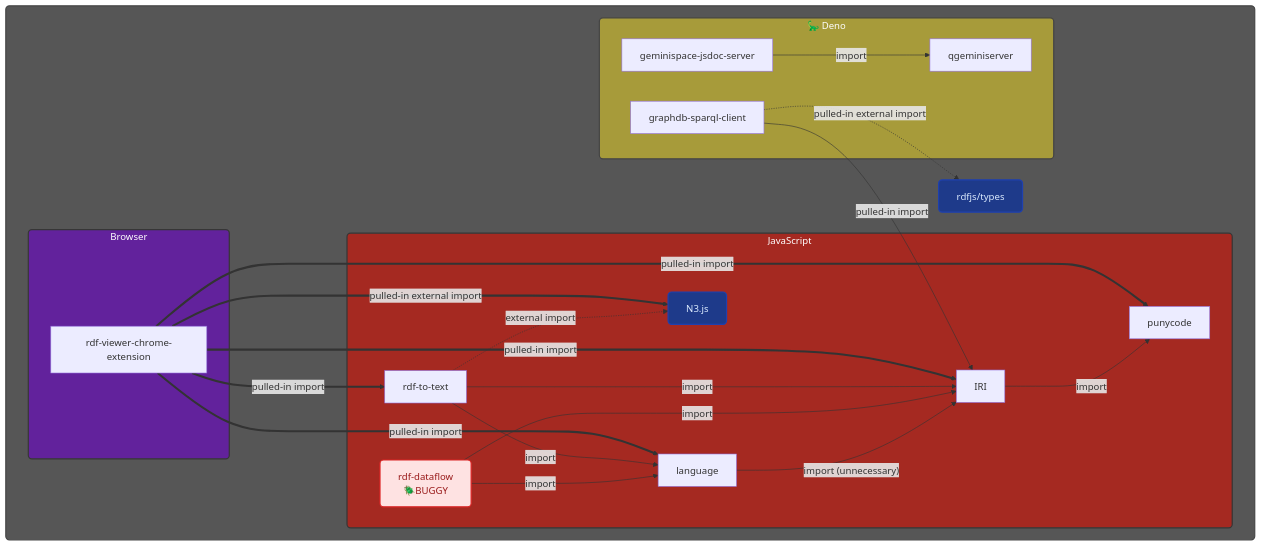
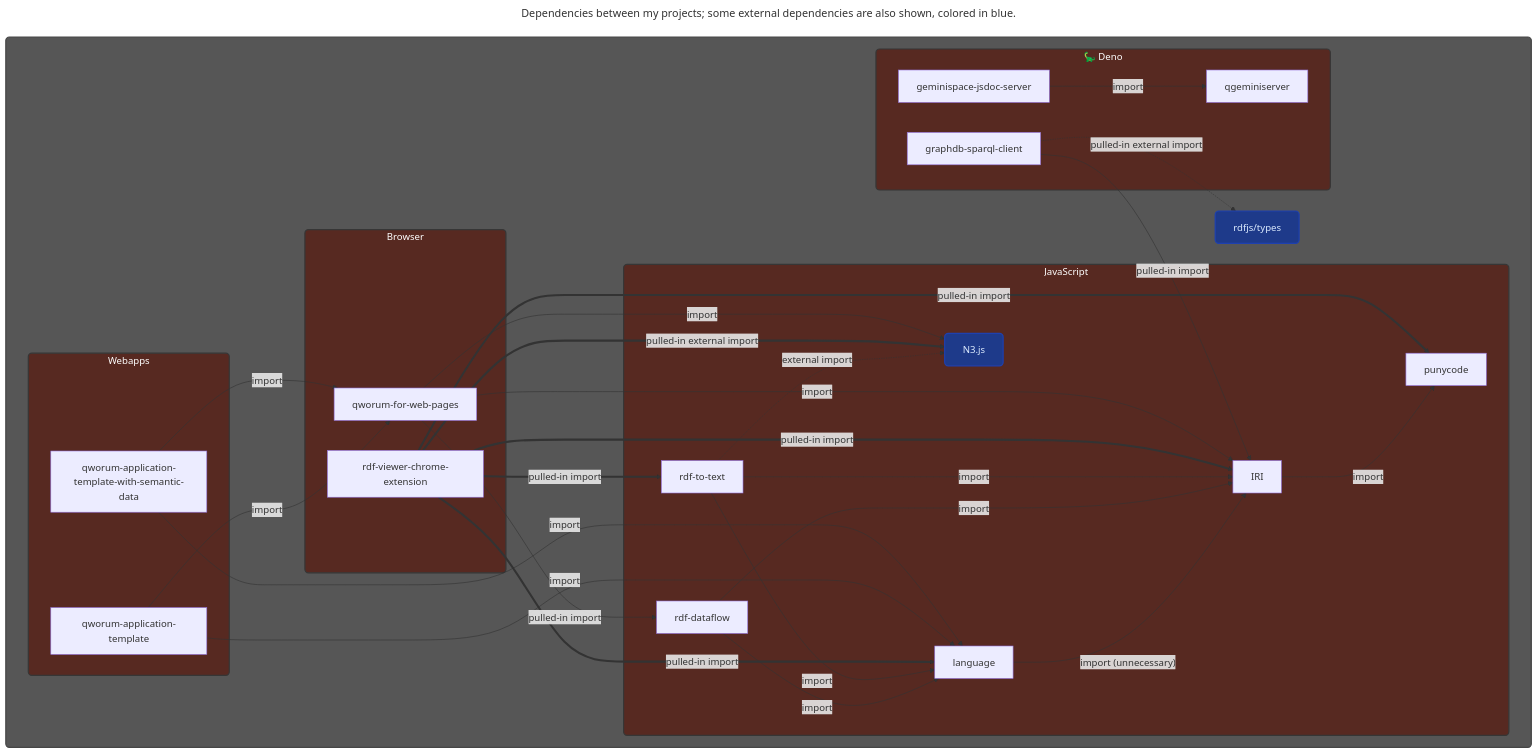
The diagram in README.md (doga/doga), drawn with Mermaid before and after one commit.

Commit message:
Update dependency graph and project links in README

````diff
--- a/README.md
+++ b/README.md
@@ -15,17 +13,26 @@
 ```mermaid
+---
+title: Dependencies between my projects; some external dependencies are also shown, colored in blue.
+---
 flowchart TD
     subgraph all[" "]
         subgraph javascript["JavaScript"]
             punycode
             IRI
             language
-            rdf-dataflow["rdf-dataflow<br>🪲BUGGY"]:::buggy
+            rdf-dataflow["rdf-dataflow"]
             rdf-to-text
             n3["N3.js"]:::external
         end
 
         subgraph browser["Browser"]
             rdf-viewer-chrome-extension
+            qworum-for-web-pages
+        end
+
+        subgraph webapps["Webapps"]
+            qworum-application-template
+            qworum-application-template-with-semantic-data
         end
 
         subgraph deno["🦕 Deno"]
@@ -53,6 +60,13 @@
     geminispace-jsdoc-server -- import --> qgeminiserver
     graphdb-sparql-client -- pulled-in import --> IRI
     graphdb-sparql-client -. pulled-in external import .-> rdfjs-types
+    qworum-for-web-pages -- pulled-in import --> rdf-dataflow
+    qworum-for-web-pages -- import --> IRI
+    qworum-for-web-pages -- import --> n3
+    qworum-application-template -- import --> language
+    qworum-application-template -- import --> qworum-for-web-pages
+    qworum-application-template-with-semantic-data -- import --> language
+    qworum-application-template-with-semantic-data -- import --> qworum-for-web-pages
 
     %% ═══ Click targets ═══
     click punycode "https://github.com/doga/punycode"
@@ -66,6 +80,9 @@
     click graphdb-sparql-client "https://jsr.io/@arma/graphdb-sparql-client"
     click geminispace-jsdoc-server "https://jsr.io/@arma/geminispace-jsdoc-server"
     click qgeminiserver "https://jsr.io/@arma/qgeminiserver"
+    click qworum-for-web-pages "https://github.com/doga/qworum-for-web-pages"
+    click qworum-application-template "https://github.com/doga/qworum-application-template"
+    click qworum-application-template-with-semantic-data "https://github.com/doga/qworum-application-template-with-semantic-data"
 
     %% ═══ Classes ═══
     classDef external fill:#1e3a8a,stroke:#1e40af,stroke-width:2px,color:#dbeafe,rx:6,ry:6
@@ -76,9 +93,10 @@
     %%style browser fill:#EDE9FE,stroke:#7C3AED,stroke-width:2px,color:#4C1D95,rx:6,ry:6
     %%style deno fill:#ECFEFF,stroke:#0891B2,stroke-width:2px,color:#164E63,rx:6,ry:6
 
-    style deno fill:#F8DF20,stroke:#333,stroke-width:2px,color:white,rx:6,ry:6,opacity:0.5;
-    style browser fill:#641DA4,stroke:#333,stroke-width:2px,color:white,rx:6,ry:6,opacity:0.9;
-    style javascript fill:#AE251C,stroke:#333,stroke-width:2px,color:white,rx:6,ry:6,opacity:0.9;
+    style deno fill:#58251C,stroke:#333,stroke-width:2px,color:white,rx:6,ry:6,opacity:0.9;
+    style browser fill:#58251C,stroke:#333,stroke-width:2px,color:white,rx:6,ry:6,opacity:0.9;
+    style javascript fill:#58251C,stroke:#333,stroke-width:2px,color:white,rx:6,ry:6,opacity:0.9;
+    style webapps fill:#58251C,stroke:#333,stroke-width:2px,color:white,rx:6,ry:6,opacity:0.9;
     style all fill:#444,stroke:#333,stroke-width:2px,color:white,rx:6,ry:6,opacity:0.9;
 
     %%linkStyle 3 stroke:#ff3,stroke-width:4px,color:red;
````
